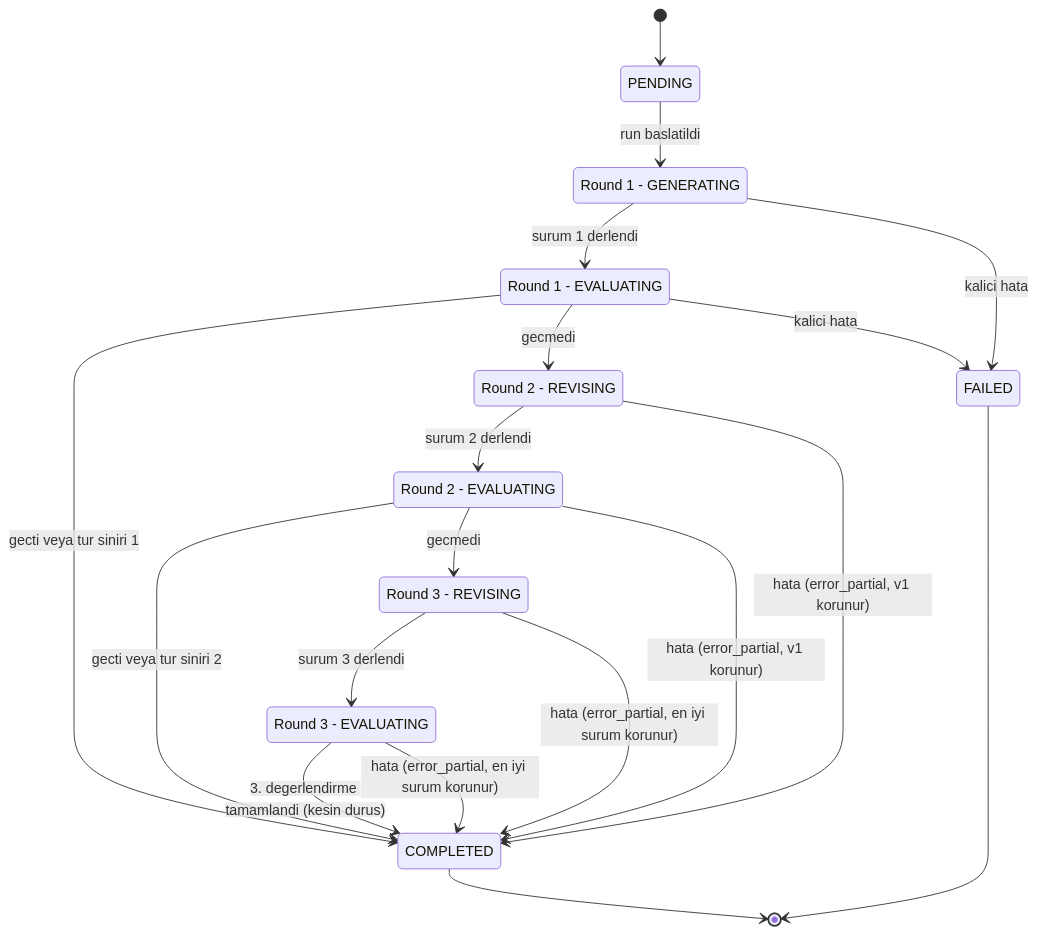
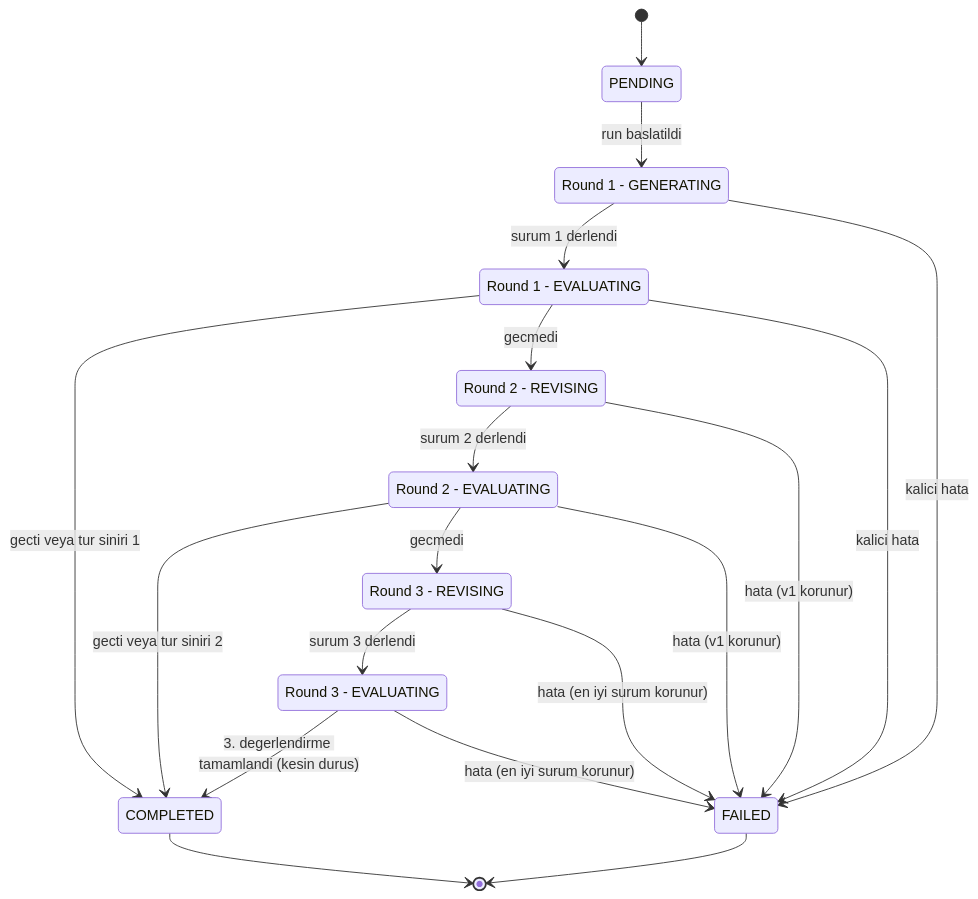
Before and after one commit to sinanturdu/PromptForge-AI: the third of 5 diagrams in docs/architecture.md, drawn with Mermaid. The commit also changed other lines of this file and 28 other files, not shown here.

````diff
--- a/docs/architecture.md
+++ b/docs/architecture.md
@@ -324,33 +334,33 @@
 ```mermaid
 stateDiagram-v2
     state "PENDING" as PENDING
     state "Round 1 - GENERATING" as R1_GEN
     state "Round 1 - EVALUATING" as R1_EVAL
     state "Round 2 - REVISING" as R2_REV
     state "Round 2 - EVALUATING" as R2_EVAL
     state "Round 3 - REVISING" as R3_REV
     state "Round 3 - EVALUATING" as R3_EVAL
     state "COMPLETED" as COMPLETED
     state "FAILED" as FAILED
 
     [*] --> PENDING
     PENDING --> R1_GEN: run baslatildi
     R1_GEN --> R1_EVAL: surum 1 derlendi
     R1_EVAL --> COMPLETED: gecti veya tur siniri 1
     R1_EVAL --> R2_REV: gecmedi
     R2_REV --> R2_EVAL: surum 2 derlendi
     R2_EVAL --> COMPLETED: gecti veya tur siniri 2
     R2_EVAL --> R3_REV: gecmedi
     R3_REV --> R3_EVAL: surum 3 derlendi
     R3_EVAL --> COMPLETED: 3. degerlendirme tamamlandi (kesin durus)
 
     R1_GEN --> FAILED: kalici hata
     R1_EVAL --> FAILED: kalici hata
-    R2_REV --> COMPLETED: hata (error_partial, v1 korunur)
-    R2_EVAL --> COMPLETED: hata (error_partial, v1 korunur)
-    R3_REV --> COMPLETED: hata (error_partial, en iyi surum korunur)
-    R3_EVAL --> COMPLETED: hata (error_partial, en iyi surum korunur)
+    R2_REV --> FAILED: hata (v1 korunur)
+    R2_EVAL --> FAILED: hata (v1 korunur)
+    R3_REV --> FAILED: hata (en iyi surum korunur)
+    R3_EVAL --> FAILED: hata (en iyi surum korunur)
 
     COMPLETED --> [*]
     FAILED --> [*]
 ```
````
